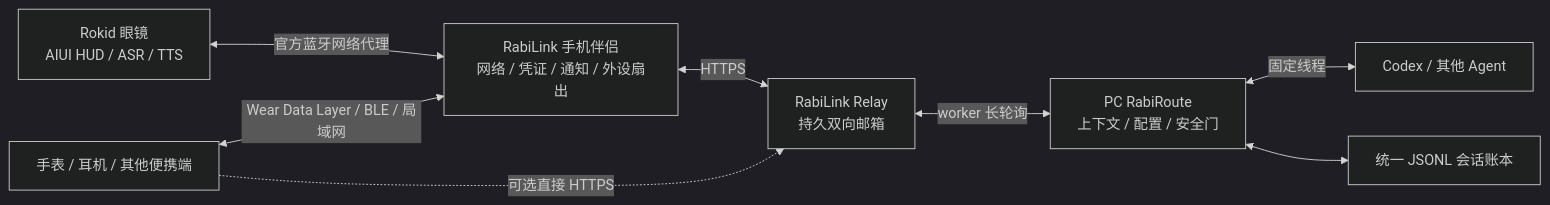
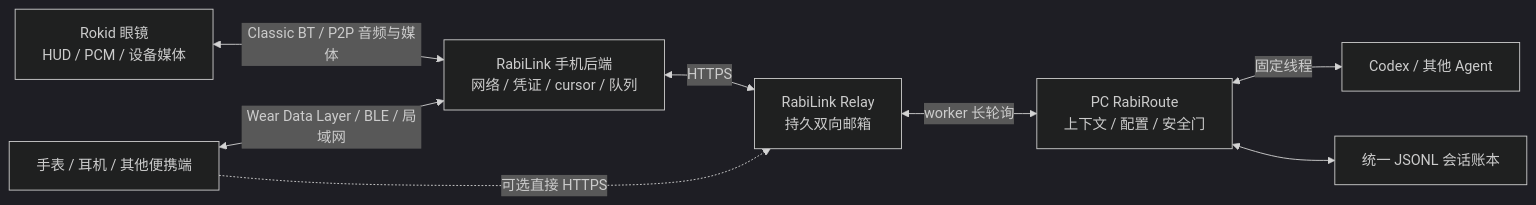
One commit to vb2250158/RabiRoute changed the first of 3 diagrams in docs/rabilink-phone-edge-hub.md. Above: the diagram before and after it, drawn with Mermaid (dark theme). The commit also changed other lines of this file and 91 other files, not shown here.

First line of the commit message:
feat: complete RabiPC speech and Rabi Glass media loop

````diff
--- a/docs/rabilink-phone-edge-hub.md
+++ b/docs/rabilink-phone-edge-hub.md
@@ -25,18 +25,18 @@
 ```mermaid
 flowchart LR
-    Glass["Rokid 眼镜<br/>AIUI HUD / ASR / TTS"]
-    Phone["RabiLink 手机伴侣<br/>网络 / 凭证 / 通知 / 外设扇出"]
+    Glass["Rokid 眼镜<br/>HUD / PCM / 设备媒体"]
+    Phone["RabiLink 手机后端<br/>网络 / 凭证 / cursor / 队列"]
     Watch["手表 / 耳机 / 其他便携端"]
     Relay["RabiLink Relay<br/>持久双向邮箱"]
     PC["PC RabiRoute<br/>上下文 / 配置 / 安全门"]
     Agent["Codex / 其他 Agent"]
     Ledger["统一 JSONL 会话账本"]
 
-    Glass <-->|"官方蓝牙网络代理"| Phone
+    Glass <-->|"Classic BT / P2P 音频与媒体"| Phone
     Phone <-->|"HTTPS"| Relay
     Watch <-->|"Wear Data Layer / BLE / 局域网"| Phone
     Watch -.->|"可选直接 HTTPS"| Relay
     Relay <-->|"worker 长轮询"| PC
     PC <-->|"固定线程"| Agent
     PC <--> Ledger
 ```
````
